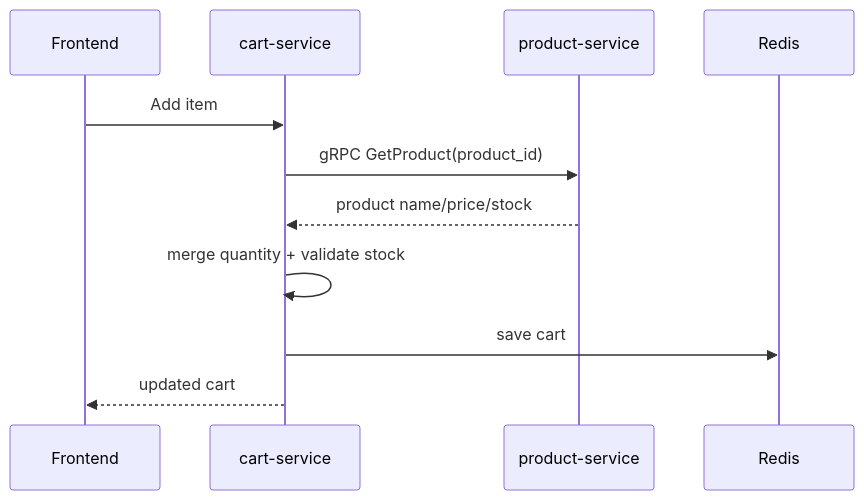
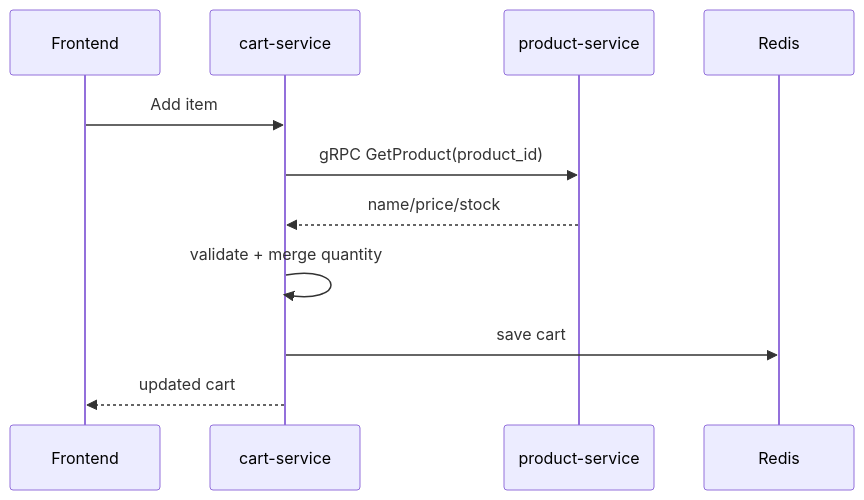
The diagram in docs/annotated/cart-service.md (NguyenDung278/E-CommerceMicroservicesPlatform), drawn with Mermaid before and after one commit. The commit also changed other lines of this file and 133 other files, not shown here.

Commit message:
refactor: restructure frontend architecture by migrating to a feature-based modular design and centralizing the API layer.

````diff
--- a/docs/annotated/cart-service.md
+++ b/docs/annotated/cart-service.md
@@ -65,14 +74,14 @@
 ```mermaid
 sequenceDiagram
     participant UI as Frontend
     participant Cart as cart-service
     participant Product as product-service
     participant Redis as Redis
 
     UI->>Cart: Add item
     Cart->>Product: gRPC GetProduct(product_id)
-    Product-->>Cart: product name/price/stock
-    Cart->>Cart: merge quantity + validate stock
+    Product-->>Cart: name/price/stock
+    Cart->>Cart: validate + merge quantity
     Cart->>Redis: save cart
     Cart-->>UI: updated cart
 ```
````
